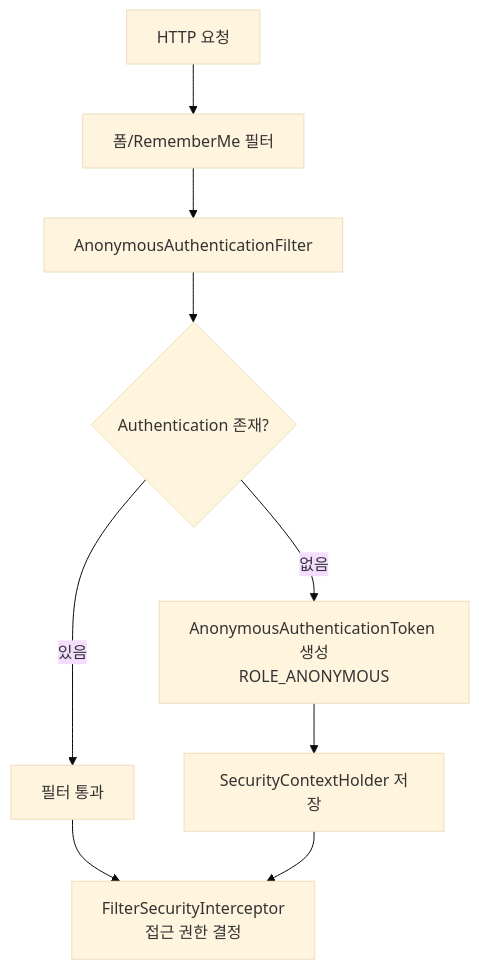
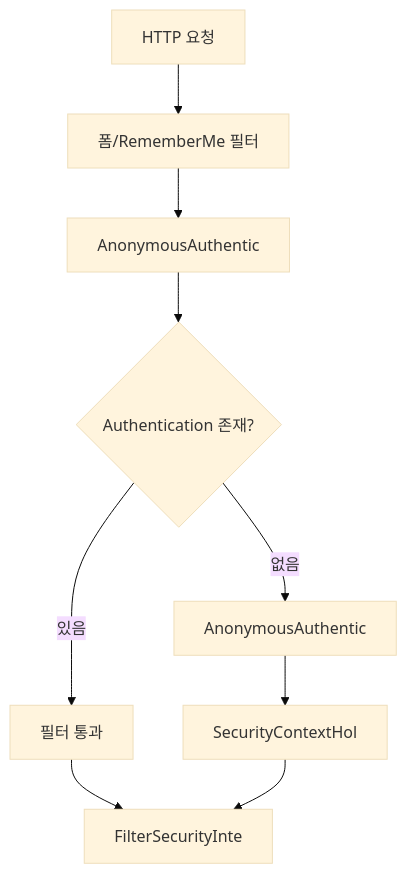
The first of 2 diagrams in _posts/security/2021-01-24-AnonymousAuthenticationFilter.md (yjkim2015/yjkim2015.github.io), drawn with Mermaid (base theme) before and after one commit. The commit also changed 271 other files, not shown here.

First line of the commit message:
Mermaid 라벨 축소: 긴 노드 텍스트 18자 이하로 트림 + \n 제거

````diff
--- a/_posts/security/2021-01-24-AnonymousAuthenticationFilter.md
+++ b/_posts/security/2021-01-24-AnonymousAuthenticationFilter.md
@@ -22,8 +22,8 @@
 ```mermaid
 flowchart TD
-    A["HTTP 요청"] --> B["폼/RememberMe 필터"] --> D["AnonymousAuthenticationFilter"]
+    A["HTTP 요청"] --> B["폼/RememberMe 필터"] --> D["AnonymousAuthentic"]
     D --> E{"Authentication 존재?"}
     E -->|있음| F["필터 통과"]
-    E -->|없음| G["AnonymousAuthenticationToken 생성\nROLE_ANONYMOUS"] --> H["SecurityContextHolder 저장"]
-    F & H --> J["FilterSecurityInterceptor\n접근 권한 결정"]
+    E -->|없음| G["AnonymousAuthentic"] --> H["SecurityContextHol"]
+    F & H --> J["FilterSecurityInte"]
 ```
````
